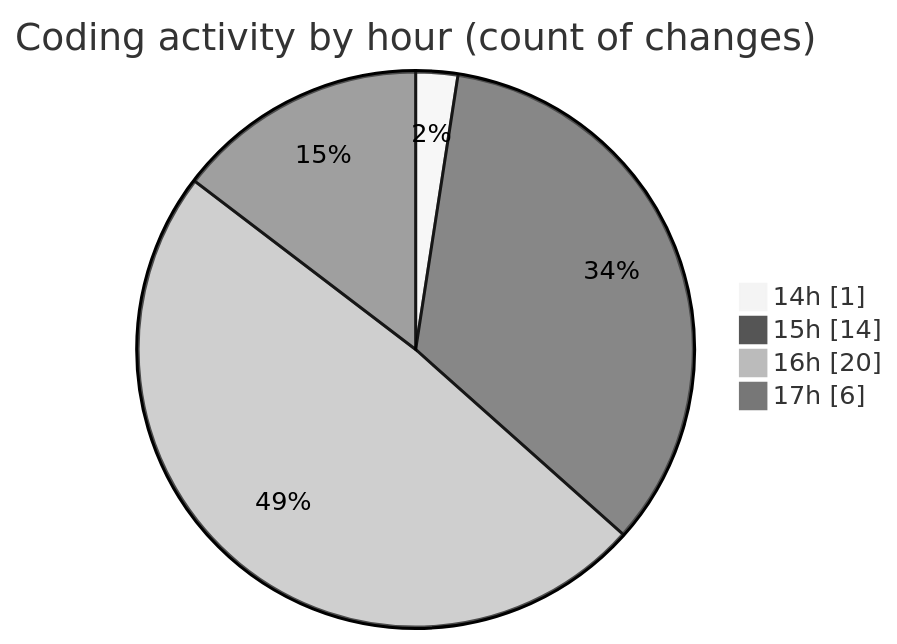
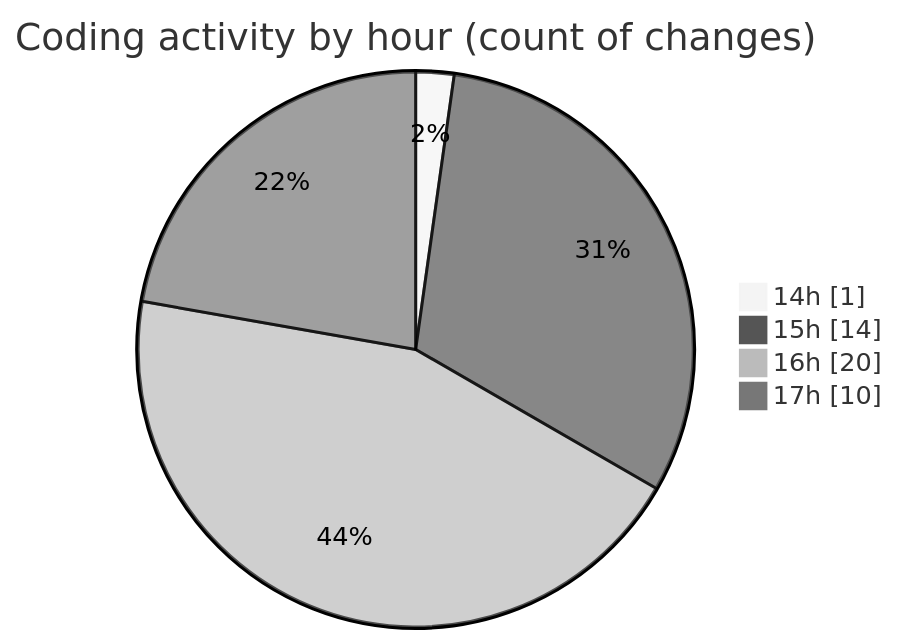
The second of 2 diagrams in 2025-05-12/argos-dev/README.md (nxtqubesakshisongat/code-tracking), drawn with Mermaid (neutral theme) before and after one commit. The commit also changed other lines of this file and 1 other file, not shown here.

````diff
--- a/2025-05-12/argos-dev/README.md
+++ b/2025-05-12/argos-dev/README.md
@@ -34,8 +34,8 @@
 ```mermaid
 pie showData
 title Coding activity by hour (count of changes)
 "14h" : 1
 "15h" : 14
 "16h" : 20
-"17h" : 6
+"17h" : 10
 ```
````
